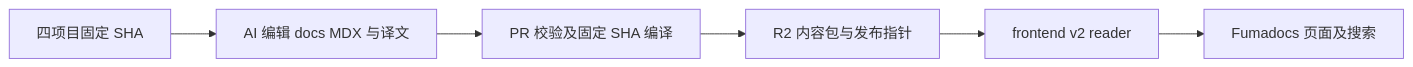
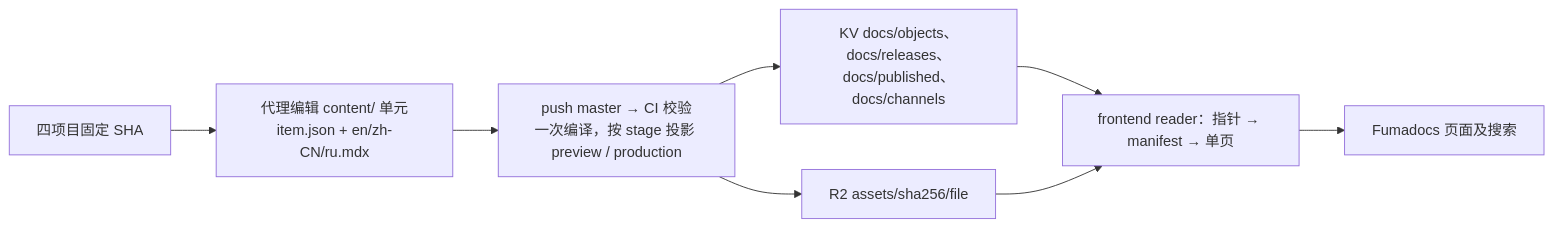
Before and after one commit to cscheap/docs: the diagram in docs/architecture/README.md, drawn with Mermaid. The commit also changed other lines of this file and 710 other files, not shown here.

````diff
--- a/docs/architecture/README.md
+++ b/docs/architecture/README.md
@@ -5,8 +5,10 @@
 ```mermaid
 flowchart LR
-    A[四项目固定 SHA] --> B[AI 编辑 docs MDX 与译文]
-    B --> C[PR 校验及固定 SHA 编译]
-    C --> D[R2 内容包与发布指针]
-    D --> E[frontend v2 reader]
-    E --> F[Fumadocs 页面及搜索]
+    A[四项目固定 SHA] --> B[代理编辑 content/ 单元\nitem.json + en/zh-CN/ru.mdx]
+    B --> C[push master → CI 校验\n一次编译，按 stage 投影 preview / production]
+    C --> D[KV docs/objects、docs/releases、\ndocs/published、docs/channels]
+    C --> E[R2 assets/sha256/file]
+    D --> F[frontend reader：指针 → manifest → 单页]
+    E --> F
+    F --> G[Fumadocs 页面及搜索]
 ```
````
